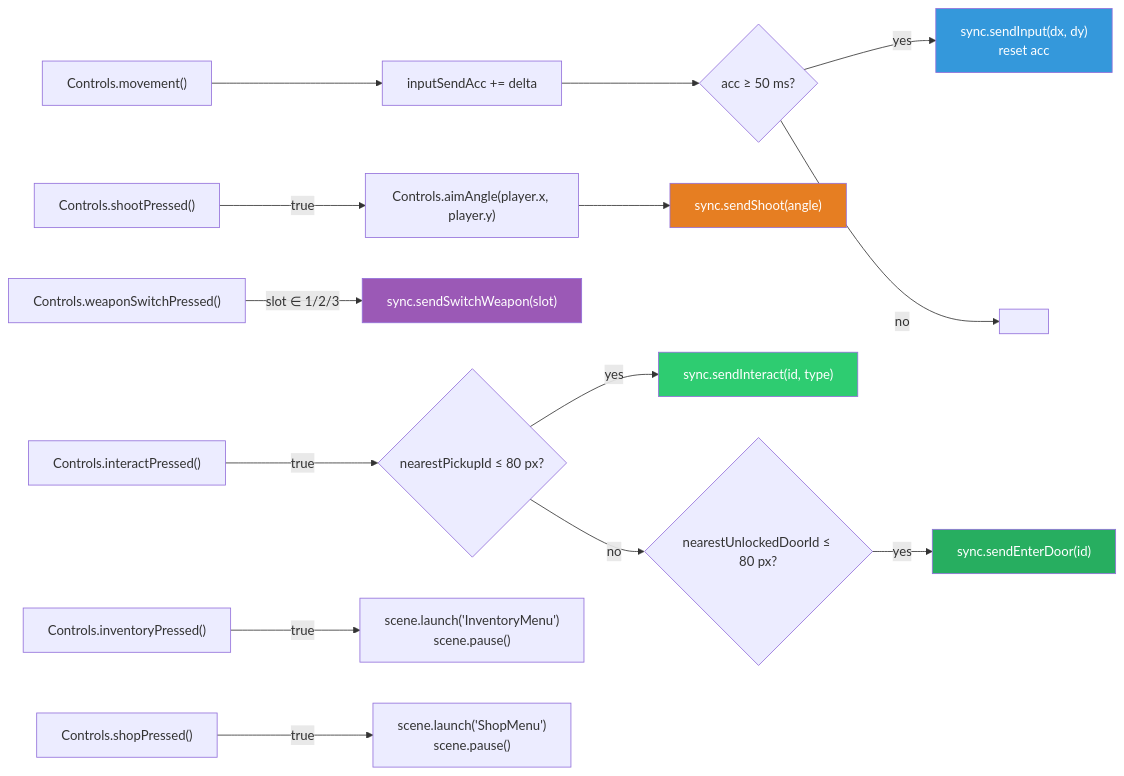
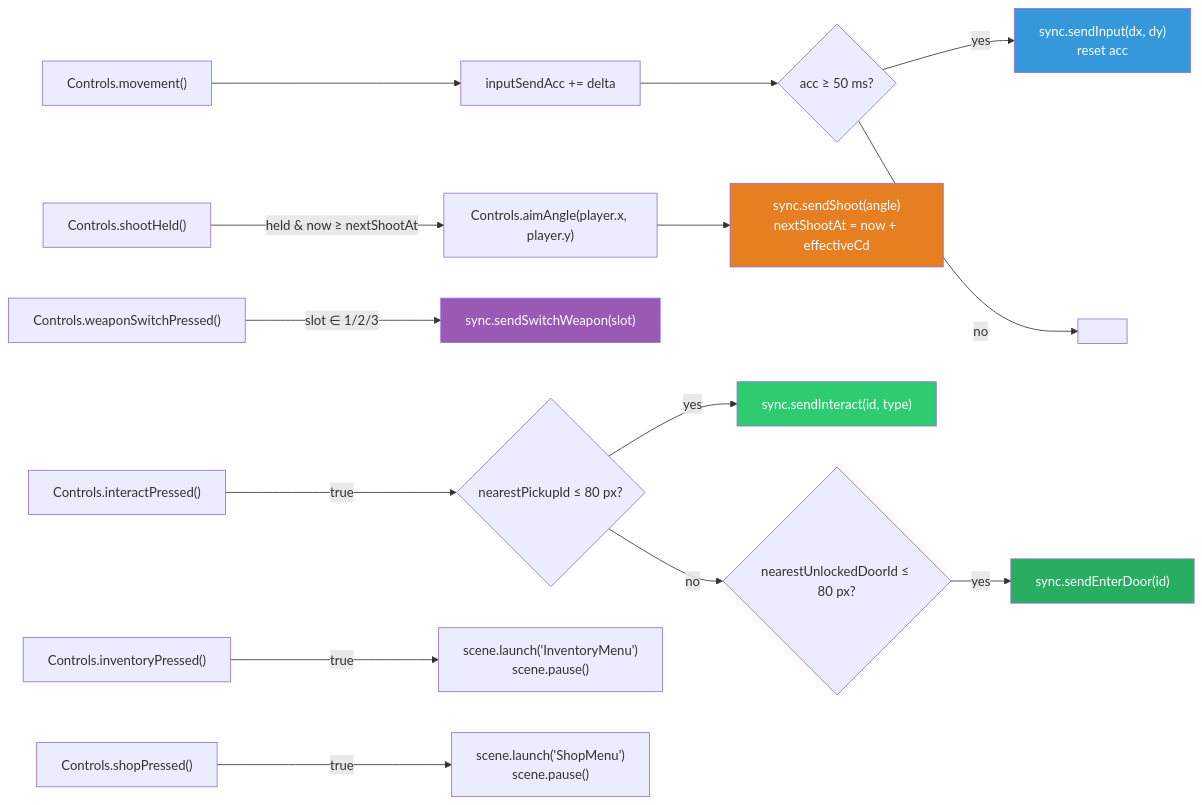
One commit to NUSGreyhats/dcsg-vibecat-404 changed the diagram in docs/specs/client/07-input-controls.md. Above: the diagram before and after it, drawn with Mermaid. The commit also changed other lines of this file and 3 other files, not shown here.

````diff
--- a/docs/specs/client/07-input-controls.md
+++ b/docs/specs/client/07-input-controls.md
@@ -94,26 +88,26 @@
 ```mermaid
 graph LR
     MV["Controls.movement()"] --> ACC["inputSendAcc += delta"]
     ACC --> GATE{"acc ≥ 50 ms?"}
     GATE -->|yes| SEND_I["sync.sendInput(dx, dy)<br/>reset acc"]
     GATE -->|no| SKIP[" "]
 
-    SH["Controls.shootPressed()"] -->|true| AIM["Controls.aimAngle(player.x, player.y)"]
-    AIM --> SEND_S["sync.sendShoot(angle)"]
+    SH["Controls.shootHeld()"] -->|held & now ≥ nextShootAt| AIM["Controls.aimAngle(player.x, player.y)"]
+    AIM --> SEND_S["sync.sendShoot(angle)<br/>nextShootAt = now + effectiveCd"]
 
     SW["Controls.weaponSwitchPressed()"] -->|slot ∈ 1/2/3| SEND_W["sync.sendSwitchWeapon(slot)"]
 
     IT["Controls.interactPressed()"] -->|true| NEAR_P{"nearestPickupId ≤ 80 px?"}
     NEAR_P -->|yes| SEND_IT["sync.sendInteract(id, type)"]
     NEAR_P -->|no| NEAR_D{"nearestUnlockedDoorId ≤ 80 px?"}
     NEAR_D -->|yes| SEND_D["sync.sendEnterDoor(id)"]
 
     INV["Controls.inventoryPressed()"] -->|true| OPEN["scene.launch('InventoryMenu')<br/>scene.pause()"]
     SHP["Controls.shopPressed()"] -->|true| OPEN_SHOP["scene.launch('ShopMenu')<br/>scene.pause()"]
 
     style SEND_I fill:#3498db,color:#fff
     style SEND_S fill:#e67e22,color:#fff
     style SEND_W fill:#9b59b6,color:#fff
     style SEND_IT fill:#2ecc71,color:#fff
     style SEND_D fill:#27ae60,color:#fff
 ```
````
